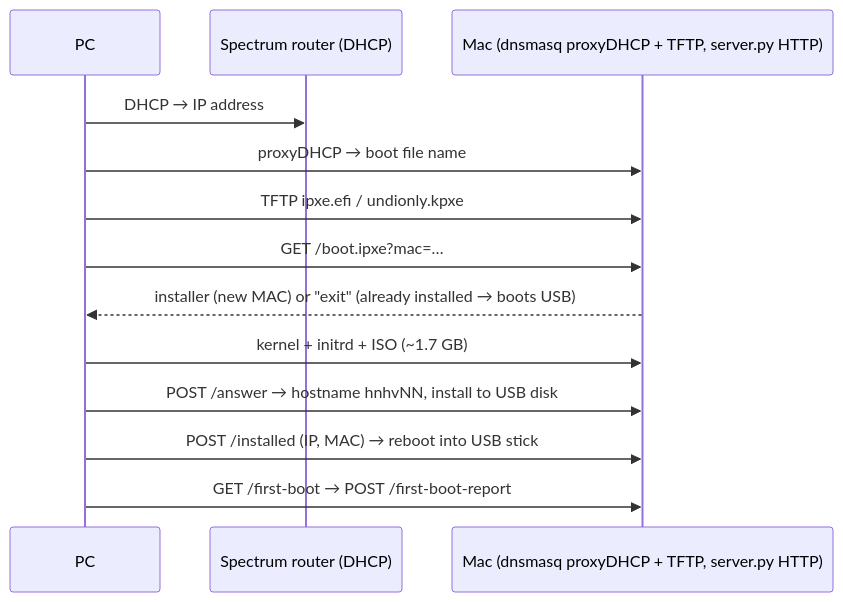
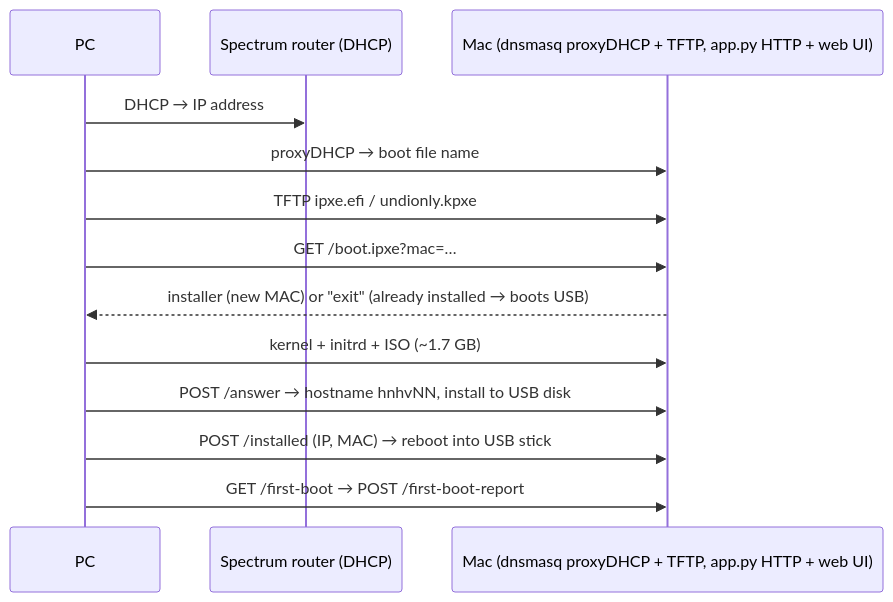
The diagram in proxmox-pxe/README.md (JacobCoffee/homelab), drawn with Mermaid before and after one commit. The commit also changed other lines of this file and 15 other files, not shown here.

First line of the commit message:
feat(proxmox-pxe): Litestar netboot app with live web UI

````diff
--- a/proxmox-pxe/README.md
+++ b/proxmox-pxe/README.md
@@ -7,15 +7,15 @@
 ```mermaid
 sequenceDiagram
   participant PC
   participant Router as Spectrum router (DHCP)
-  participant Mac as Mac (dnsmasq proxyDHCP + TFTP, server.py HTTP)
+  participant Mac as Mac (dnsmasq proxyDHCP + TFTP, app.py HTTP + web UI)
   PC->>Router: DHCP → IP address
   PC->>Mac: proxyDHCP → boot file name
   PC->>Mac: TFTP ipxe.efi / undionly.kpxe
   PC->>Mac: GET /boot.ipxe?mac=…
   Mac-->>PC: installer (new MAC) or "exit" (already installed → boots USB)
   PC->>Mac: kernel + initrd + ISO (~1.7 GB)
   PC->>Mac: POST /answer → hostname hnhvNN, install to USB disk
   PC->>Mac: POST /installed (IP, MAC) → reboot into USB stick
   PC->>Mac: GET /first-boot → POST /first-boot-report
 ```
````
